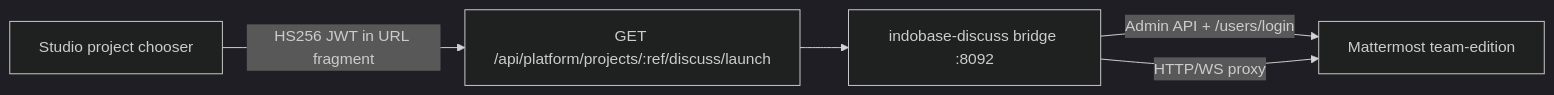
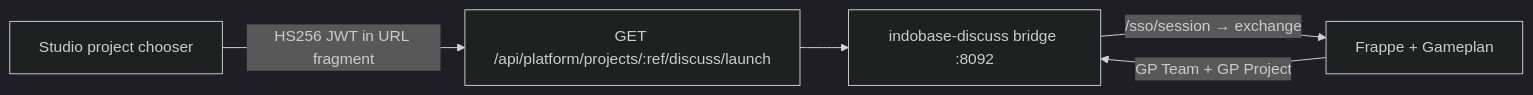
Before and after one commit to Indobase/Indobase: the diagram in docs/INDOBASE-DISCUSS.md, drawn with Mermaid (dark theme). The commit also changed other lines of this file and 54 other files, not shown here.

First line of the commit message:
feat(discuss): roll back Mattermost stack to Frappe Gameplan

````diff
--- a/docs/INDOBASE-DISCUSS.md
+++ b/docs/INDOBASE-DISCUSS.md
@@ -25,11 +23,11 @@
 ```mermaid
 flowchart LR
   Studio["Studio project chooser"]
   Launch["GET /api/platform/projects/:ref/discuss/launch"]
   Bridge["indobase-discuss bridge :8092"]
-  MM["Mattermost team-edition"]
+  Frappe["Frappe + Gameplan"]
   Studio -->|"HS256 JWT in URL fragment"| Launch
   Launch --> Bridge
-  Bridge -->|"Admin API + /users/login"| MM
-  Bridge -->|"HTTP/WS proxy"| MM
+  Bridge -->|"/sso/session → exchange"| Frappe
+  Frappe -->|"GP Team + GP Project"| Bridge
 ```
````
